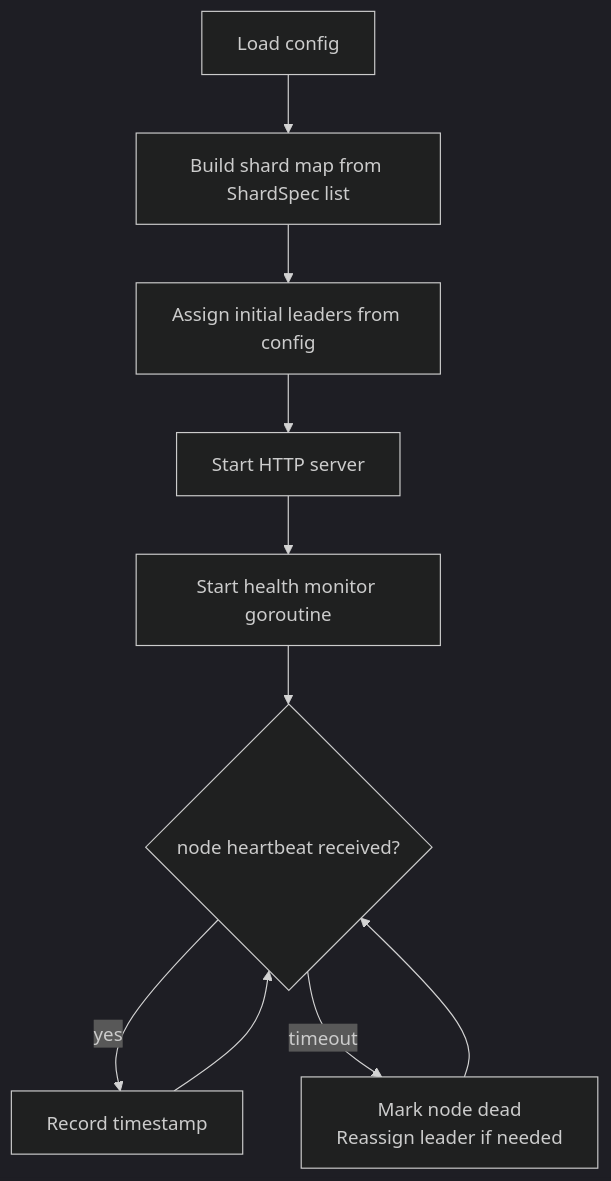
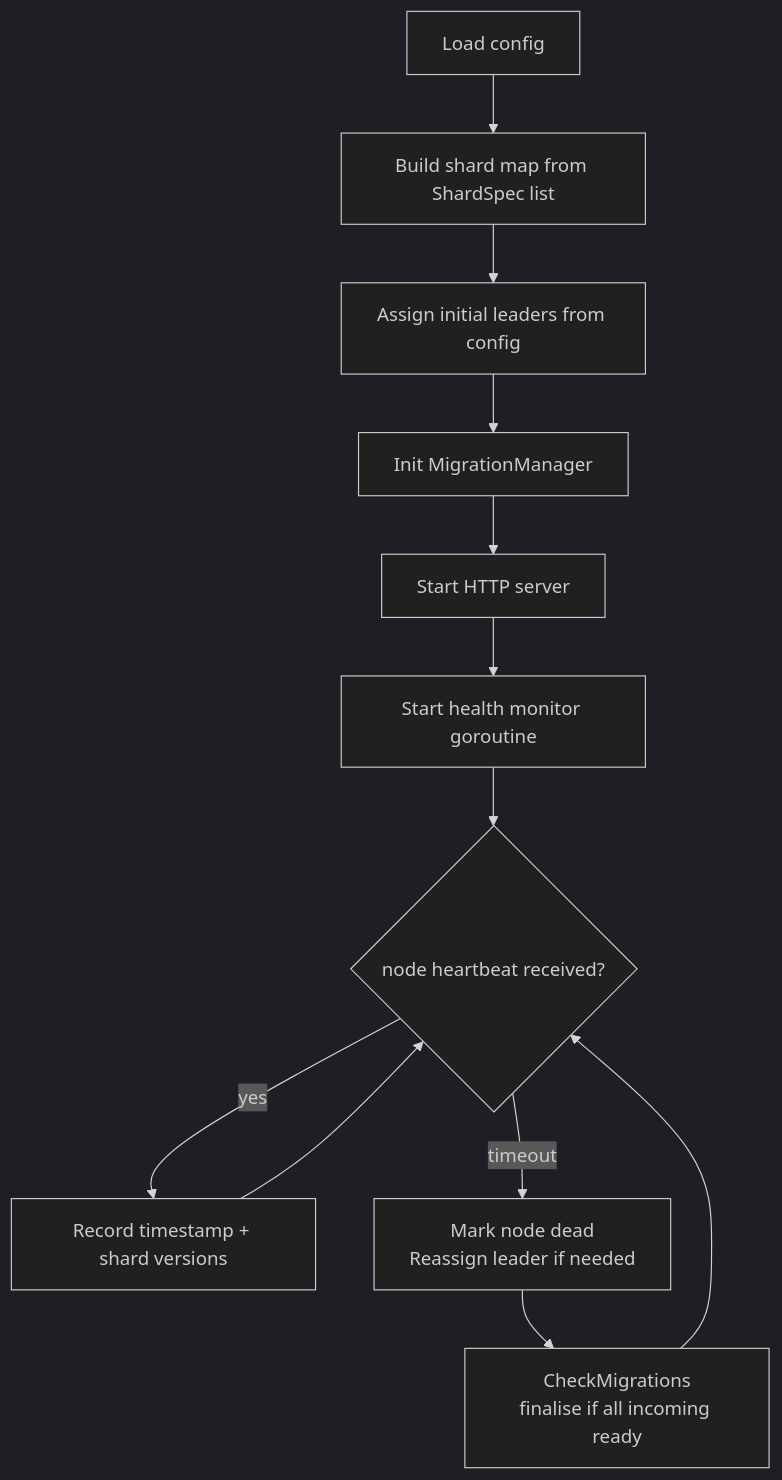
Diagram 15 of 16 in docs/architecture.md (davecarr1024/doki), drawn with Mermaid (dark theme) before and after one commit. The commit also changed other lines of this file and 5 other files, not shown here.

````diff
--- a/docs/architecture.md
+++ b/docs/architecture.md
@@ -273,12 +369,14 @@
 ```mermaid
 flowchart TD
     A[Load config] --> B[Build shard map from ShardSpec list]
     B --> C[Assign initial leaders from config]
-    C --> D[Start HTTP server]
-    D --> E[Start health monitor goroutine]
-    E --> F{node heartbeat received?}
-    F -- yes --> G[Record timestamp]
-    G --> F
-    F -- timeout --> H[Mark node dead\nReassign leader if needed]
-    H --> F
+    C --> D[Init MigrationManager]
+    D --> E[Start HTTP server]
+    E --> F[Start health monitor goroutine]
+    F --> G{node heartbeat received?}
+    G -- yes --> H[Record timestamp + shard versions]
+    H --> G
+    G -- timeout --> I[Mark node dead\nReassign leader if needed]
+    I --> J[CheckMigrations\nfinalise if all incoming ready]
+    J --> G
 ```
````
